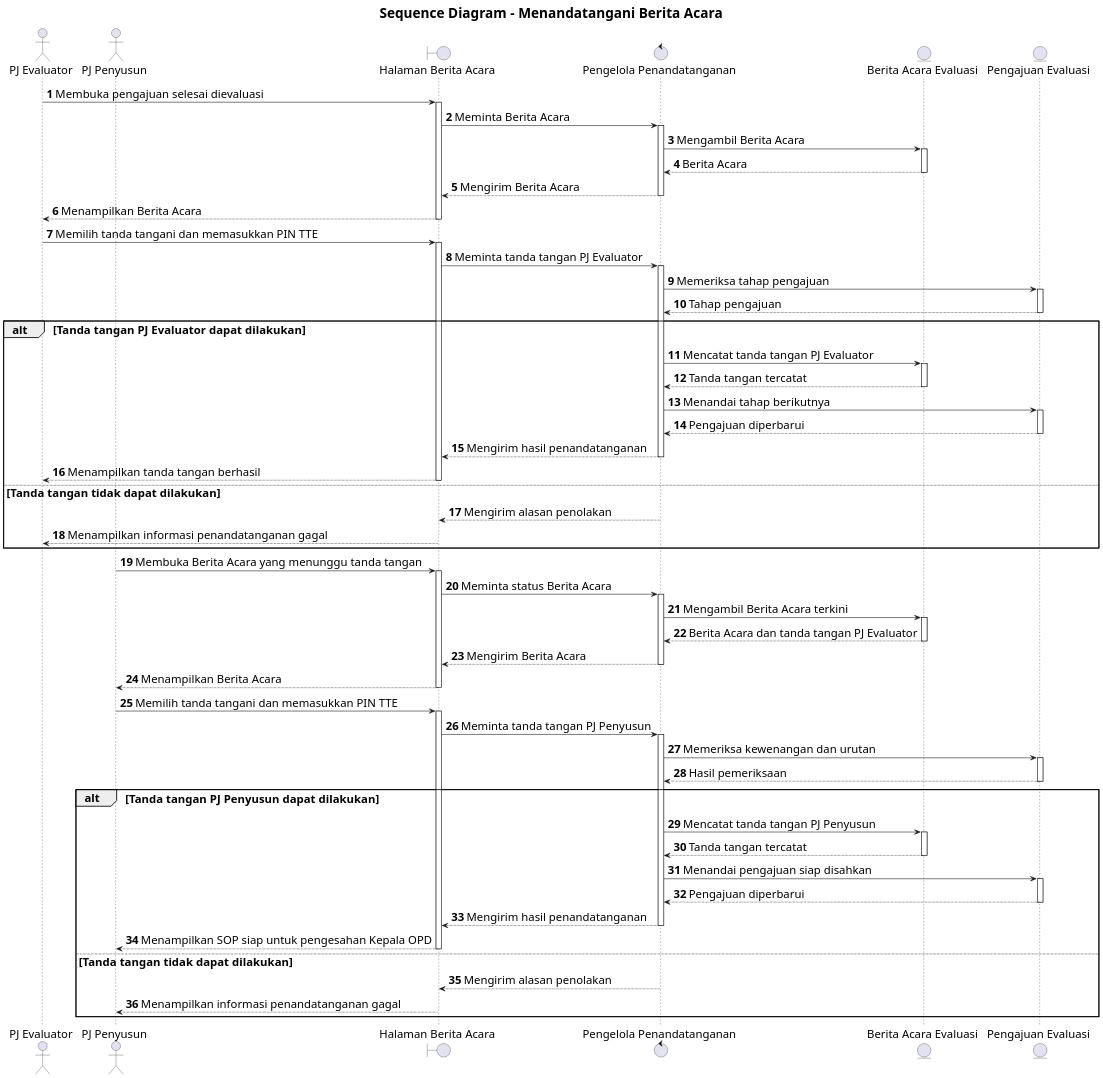
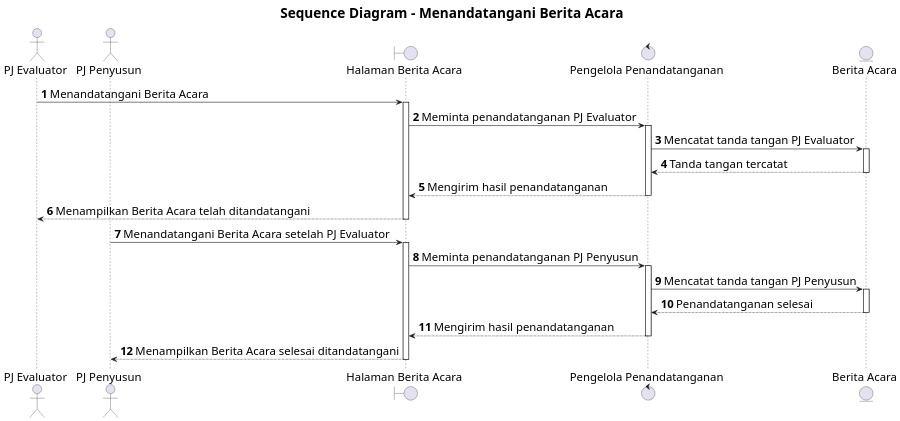
One commit to howlil/sop-generate-app changed the diagram in docs/sequence/pj-evaluator-pj-penyusun-menandatangani-berita-acara.md. Above: the diagram before and after it, drawn with PlantUML. The commit also changed other lines of this file and 20 other files, not shown here.

Commit message:
docs(sequence): simplify interaction detail across use cases

````diff
--- a/docs/sequence/pj-evaluator-pj-penyusun-menandatangani-berita-acara.md
+++ b/docs/sequence/pj-evaluator-pj-penyusun-menandatangani-berita-acara.md
@@ -16,65 +16,32 @@
 ```plantuml
 @startuml
 skinparam defaultFontSize 20
 skinparam titleFontSize 24
 skinparam dpi 160
 
 title Sequence Diagram - Menandatangani Berita Acara
 autonumber
 autoactivate on
 
 actor "PJ Evaluator" as A
-actor "PJ Penyusun" as B
-boundary "Halaman Berita Acara" as C
-control "Pengelola Penandatanganan" as D
-entity "Berita Acara Evaluasi" as E
-entity "Pengajuan Evaluasi" as F
+actor "PJ Penyusun" as E
+boundary "Halaman Berita Acara" as B
+control "Pengelola Penandatanganan" as C
+entity "Berita Acara" as D
 
-A -> C : Membuka pengajuan selesai dievaluasi
-C -> D : Meminta Berita Acara
-D -> E : Mengambil Berita Acara
-E --> D : Berita Acara
-D --> C : Mengirim Berita Acara
-C --> A : Menampilkan Berita Acara
+A -> B : Menandatangani Berita Acara
+B -> C : Meminta penandatanganan PJ Evaluator
+C -> D : Mencatat tanda tangan PJ Evaluator
+D --> C : Tanda tangan tercatat
+C --> B : Mengirim hasil penandatanganan
+B --> A : Menampilkan Berita Acara telah ditandatangani
 
-A -> C : Memilih tanda tangani dan memasukkan PIN TTE
-C -> D : Meminta tanda tangan PJ Evaluator
-D -> F : Memeriksa tahap pengajuan
-F --> D : Tahap pengajuan
-alt Tanda tangan PJ Evaluator dapat dilakukan
-  D -> E : Mencatat tanda tangan PJ Evaluator
-  E --> D : Tanda tangan tercatat
-  D -> F : Menandai tahap berikutnya
-  F --> D : Pengajuan diperbarui
-  D --> C : Mengirim hasil penandatanganan
-  C --> A : Menampilkan tanda tangan berhasil
-else Tanda tangan tidak dapat dilakukan
-  D --> C : Mengirim alasan penolakan
-  C --> A : Menampilkan informasi penandatanganan gagal
-end
-
-B -> C : Membuka Berita Acara yang menunggu tanda tangan
-C -> D : Meminta status Berita Acara
-D -> E : Mengambil Berita Acara terkini
-E --> D : Berita Acara dan tanda tangan PJ Evaluator
-D --> C : Mengirim Berita Acara
-C --> B : Menampilkan Berita Acara
-
-B -> C : Memilih tanda tangani dan memasukkan PIN TTE
-C -> D : Meminta tanda tangan PJ Penyusun
-D -> F : Memeriksa kewenangan dan urutan
-F --> D : Hasil pemeriksaan
-alt Tanda tangan PJ Penyusun dapat dilakukan
-  D -> E : Mencatat tanda tangan PJ Penyusun
-  E --> D : Tanda tangan tercatat
-  D -> F : Menandai pengajuan siap disahkan
-  F --> D : Pengajuan diperbarui
-  D --> C : Mengirim hasil penandatanganan
-  C --> B : Menampilkan SOP siap untuk pengesahan Kepala OPD
-else Tanda tangan tidak dapat dilakukan
-  D --> C : Mengirim alasan penolakan
-  C --> B : Menampilkan informasi penandatanganan gagal
-end
+E -> B : Menandatangani Berita Acara setelah PJ Evaluator
+B -> C : Meminta penandatanganan PJ Penyusun
+C -> D : Mencatat tanda tangan PJ Penyusun
+D --> C : Penandatanganan selesai
+C --> B : Mengirim hasil penandatanganan
+B --> E : Menampilkan Berita Acara selesai ditandatangani
 
 @enduml
 ```
````
